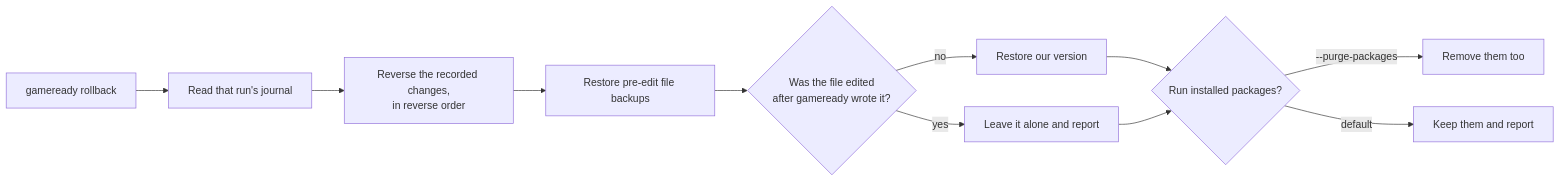
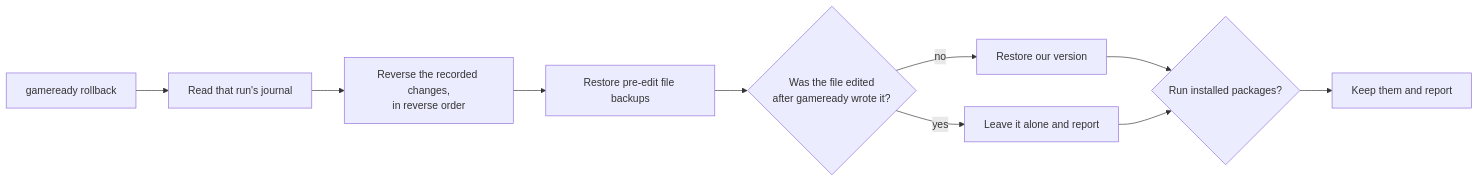
The second of 2 diagrams in README.md (andyngdz/gameready), drawn with Mermaid before and after one commit. The commit also changed other lines of this file and 17 other files, not shown here.

First line of the commit message:
fix(rollback): drop --purge-packages instead of promising a no-op

````diff
--- a/README.md
+++ b/README.md
@@ -117,13 +117,12 @@
 ```mermaid
 flowchart LR
     RB["gameready rollback"] --> Read["Read that run's journal"]
     Read --> Order["Reverse the recorded changes,<br/>in reverse order"]
     Order --> Backups["Restore pre-edit file backups"]
     Backups --> Digest{"Was the file edited<br/>after gameready wrote it?"}
     Digest -->|no| Revert["Restore our version"]
     Digest -->|yes| Leave["Leave it alone and report"]
     Revert --> PkgQ{"Run installed packages?"}
     Leave --> PkgQ
-    PkgQ -->|"--purge-packages"| Remove["Remove them too"]
-    PkgQ -->|"default"| Keep["Keep them and report"]
+    PkgQ --> Keep["Keep them and report"]
 ```
````
